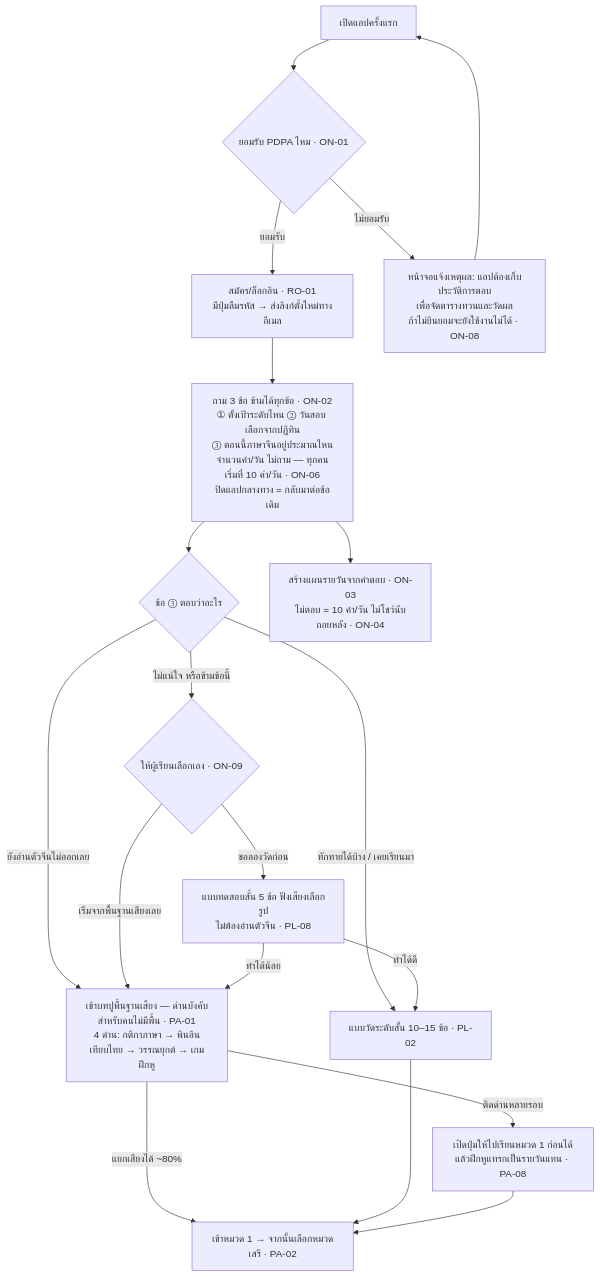
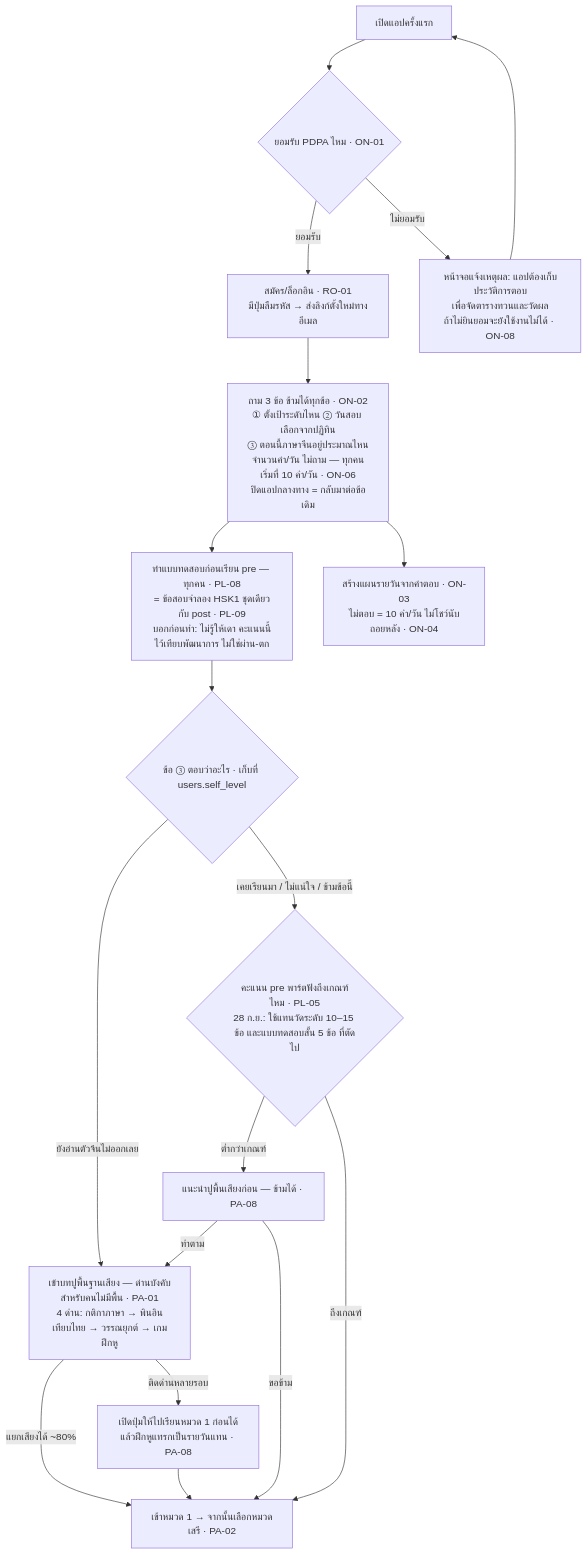
One commit to barbon441/Intelligent-Chinese-Tutoring-System-for-Thai-Learners changed the first of 6 diagrams in docs/08_สเปค-พัฒนา/โฟลว์ผู้ใช้-สิทธิ์แอดมิน.md. Above: the diagram before and after it, drawn with Mermaid. The commit also changed other lines of this file and 12 other files, not shown here.

````diff
--- a/docs/08_สเปค-พัฒนา/โฟลว์ผู้ใช้-สิทธิ์แอดมิน.md
+++ b/docs/08_สเปค-พัฒนา/โฟลว์ผู้ใช้-สิทธิ์แอดมิน.md
@@ -47,21 +47,20 @@
 ```mermaid
 flowchart TD
     A[เปิดแอปครั้งแรก] --> B{ยอมรับ PDPA ไหม · ON-01}
     B -- ยอมรับ --> C[สมัคร/ล็อกอิน · RO-01<br/>มีปุ่มลืมรหัส → ส่งลิงก์ตั้งใหม่ทางอีเมล]
     B -- ไม่ยอมรับ --> B2[หน้าจอแจ้งเหตุผล: แอปต้องเก็บประวัติการตอบ<br/>เพื่อจัดตารางทวนและวัดผล<br/>ถ้าไม่ยินยอมจะยังใช้งานไม่ได้ · ON-08]
     B2 --> A
     C --> D[ถาม 3 ข้อ ข้ามได้ทุกข้อ · ON-02<br/>① ตั้งเป้าระดับไหน ② วันสอบ เลือกจากปฏิทิน<br/>③ ตอนนี้ภาษาจีนอยู่ประมาณไหน<br/>จำนวนคำ/วัน ไม่ถาม — ทุกคนเริ่มที่ 10 คำ/วัน · ON-06<br/>ปิดแอปกลางทาง = กลับมาต่อข้อเดิม]
-    D --> E{ข้อ ③ ตอบว่าอะไร}
+    D --> D2[ทำแบบทดสอบก่อนเรียน pre — ทุกคน · PL-08<br/>= ข้อสอบจำลอง HSK1 ชุดเดียวกับ post · PL-09<br/>บอกก่อนทำ: ไม่รู้ให้เดา คะแนนนี้ไว้เทียบพัฒนาการ ไม่ใช่ผ่าน-ตก]
+    D2 --> E{ข้อ ③ ตอบว่าอะไร · เก็บที่ users.self_level}
     E -- ยังอ่านตัวจีนไม่ออกเลย --> F[เข้าบทปูพื้นฐานเสียง — ด่านบังคับสำหรับคนไม่มีพื้น · PA-01<br/>4 ด่าน: กติกาภาษา → พินอินเทียบไทย → วรรณยุกต์ → เกมฝึกหู]
-    E -- ทักทายได้บ้าง / เคยเรียนมา --> P[แบบวัดระดับสั้น 10–15 ข้อ · PL-02]
-    E -- ไม่แน่ใจ หรือข้ามข้อนี้ --> N{ให้ผู้เรียนเลือกเอง · ON-09}
-    N -- ขอลองวัดก่อน --> M[แบบทดสอบสั้น 5 ข้อ ฟังเสียงเลือกรูป<br/>ไม่ต้องอ่านตัวจีน · PL-08]
-    N -- เริ่มจากพื้นฐานเสียงเลย --> F
-    M -- ทำได้น้อย --> F
-    M -- ทำได้ดี --> P
+    E -- เคยเรียนมา / ไม่แน่ใจ / ข้ามข้อนี้ --> P{คะแนน pre พาร์ตฟังถึงเกณฑ์ไหม · PL-05<br/>28 ก.ย.: ใช้แทนวัดระดับ 10–15 ข้อ และแบบทดสอบสั้น 5 ข้อ ที่ตัดไป}
+    P -- ต่ำกว่าเกณฑ์ --> F2[แนะนำปูพื้นเสียงก่อน — ข้ามได้ · PA-08]
+    F2 -- ทำตาม --> F
+    F2 -- ขอข้าม --> G
+    P -- ถึงเกณฑ์ --> G
     F -- แยกเสียงได้ ~80% --> G[เข้าหมวด 1 → จากนั้นเลือกหมวดเสรี · PA-02]
     F -- ติดด่านหลายรอบ --> H[เปิดปุ่มให้ไปเรียนหมวด 1 ก่อนได้<br/>แล้วฝึกหูแทรกเป็นรายวันแทน · PA-08]
-    P --> G
     H --> G
     D --> I[สร้างแผนรายวันจากคำตอบ · ON-03<br/>ไม่ตอบ = 10 คำ/วัน ไม่โชว์นับถอยหลัง · ON-04]
 ```
````
